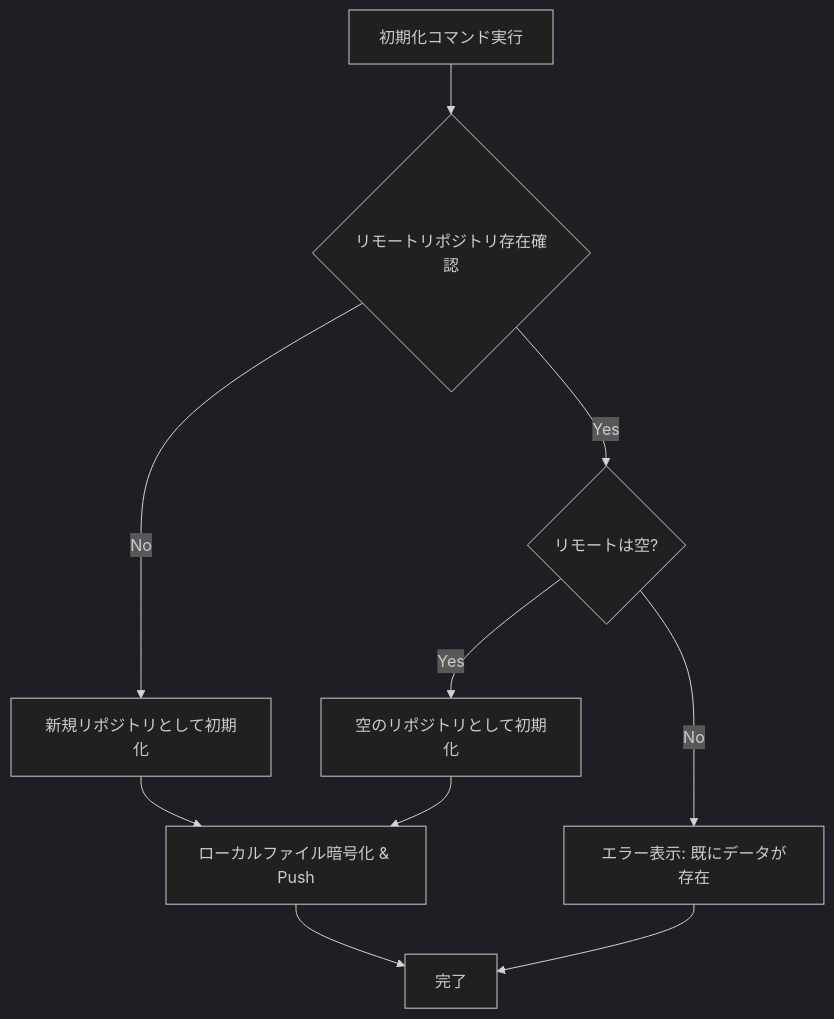
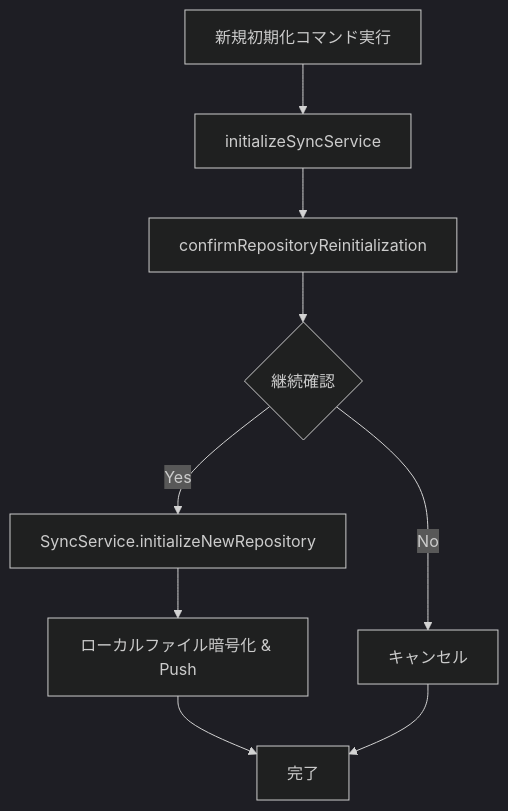
The second of 4 diagrams in docs/sync-process-detailed-analysis.md (masahide/SecureNotesSyncVSCodeExt), drawn with Mermaid (dark theme) before and after one commit. The commit also changed other lines of this file and 13 other files, not shown here.

First line of the commit message:
feat: Implement dependency injection architecture and refactor sync service

````diff
--- a/docs/sync-process-detailed-analysis.md
+++ b/docs/sync-process-detailed-analysis.md
@@ -23,13 +44,11 @@
 ```mermaid
 graph TD
-    A[初期化コマンド実行] --> B{リモートリポジトリ存在確認};
-    B -->|No| C[新規リポジトリとして初期化];
-    B -->|Yes| D{リモートは空?};
-    D -->|Yes| E[空のリポジトリとして初期化];
-    D -->|No| F[エラー表示: 既にデータが存在];
-
-    C --> G[ローカルファイル暗号化 & Push];
-    E --> G;
+    A[新規初期化コマンド実行] --> B[initializeSyncService];
+    B --> C[confirmRepositoryReinitialization];
+    C --> D{継続確認};
+    D -->|No| E[キャンセル];
+    D -->|Yes| F[SyncService.initializeNewRepository];
+    F --> G[ローカルファイル暗号化 & Push];
     G --> H[完了];
-    F --> H;
+    E --> H;
 ```
````
